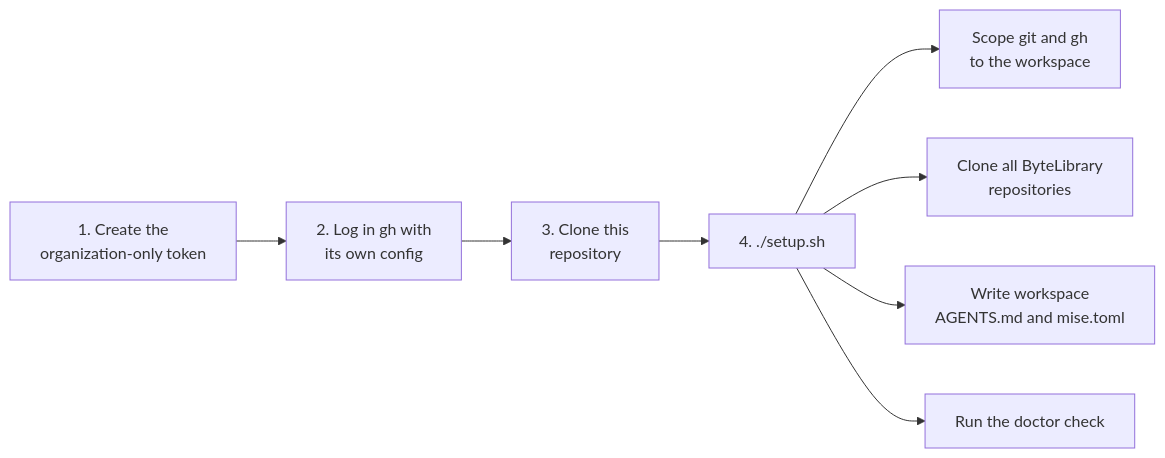
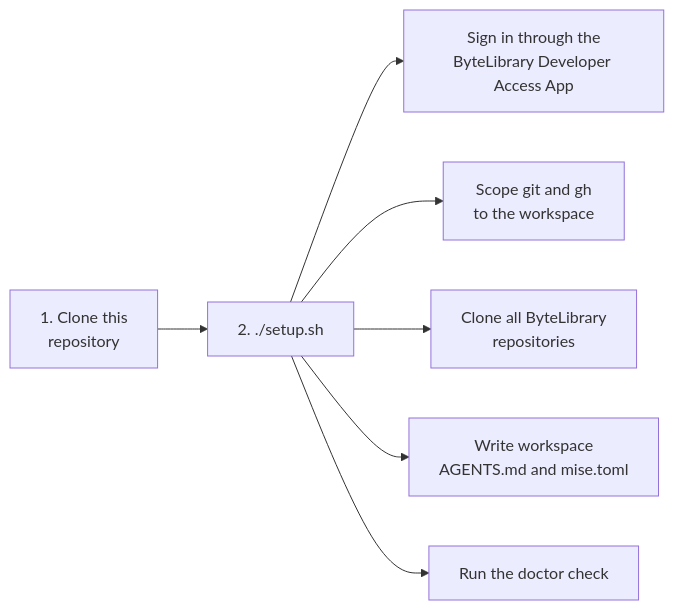
One commit to ByteLibrary/workbench changed the diagram in README.md. Above: the diagram before and after it, drawn with Mermaid. The commit also changed other lines of this file and 8 other files, not shown here.

First line of the commit message:
feat: sign in through the bytelibrary developer access app (#34)

````diff
--- a/README.md
+++ b/README.md
@@ -7,10 +7,9 @@
 ```mermaid
 flowchart LR
-  token["1. Create the<br/>organization-only token"] --> login["2. Log in gh with<br/>its own config"]
-  login --> clone["3. Clone this<br/>repository"]
-  clone --> setup["4. ./setup.sh"]
+  clone["1. Clone this<br/>repository"] --> setup["2. ./setup.sh"]
+  setup --> signin["Sign in through the<br/>ByteLibrary Developer Access App"]
   setup --> access["Scope git and gh<br/>to the workspace"]
   setup --> repos["Clone all ByteLibrary<br/>repositories"]
   setup --> files["Write workspace<br/>AGENTS.md and mise.toml"]
   setup --> doctor["Run the doctor check"]
 ```
````
